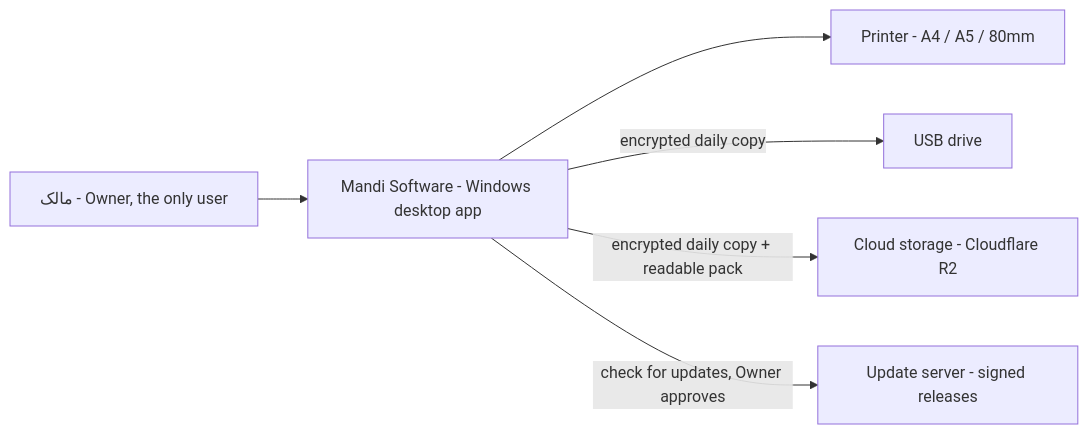
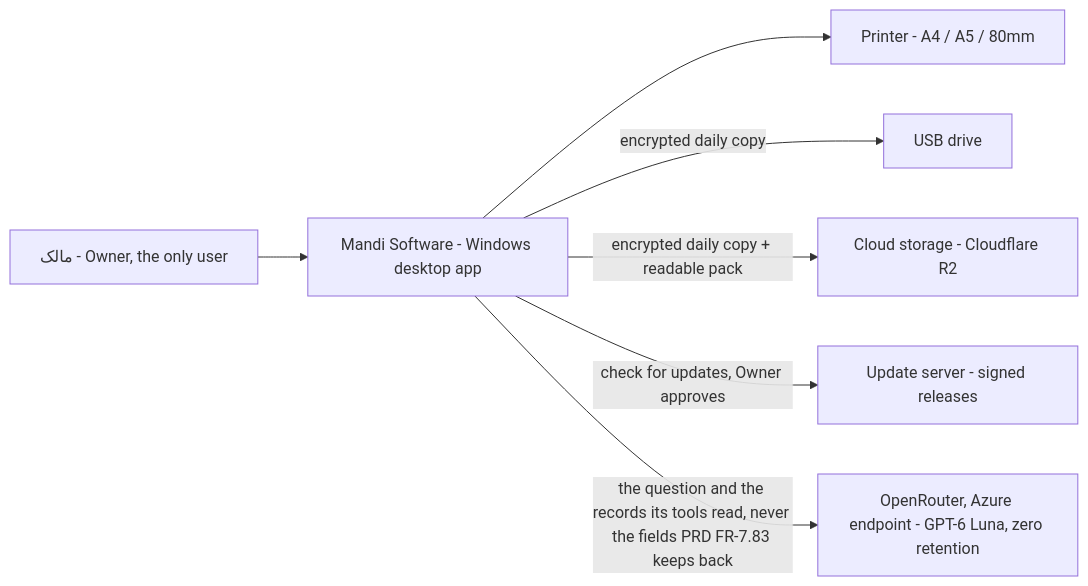
The first of 28 diagrams in .claude/rules/Architecture_v1.md (FaisalHanif12/Fruits-Mandi-Software), drawn with Mermaid before and after one commit. The commit also changed other lines of this file and 6920 other files, not shown here.

````diff
--- a/.claude/rules/Architecture_v1.md
+++ b/.claude/rules/Architecture_v1.md
@@ -45,15 +46,17 @@
 ```mermaid
 flowchart LR
     owner["مالک - Owner, the only user"]
     app["Mandi Software - Windows desktop app"]
     printer["Printer - A4 / A5 / 80mm"]
     usb["USB drive"]
     cloud["Cloud storage - Cloudflare R2"]
     update["Update server - signed releases"]
+    ai["OpenRouter, Azure endpoint - GPT-6 Luna, zero retention"]
 
     owner --> app
     app --> printer
     app -- "encrypted daily copy" --> usb
     app -- "encrypted daily copy + readable pack" --> cloud
     app -- "check for updates, Owner approves" --> update
+    app -- "the question and the records its tools read, never the fields PRD FR-7.83 keeps back" --> ai
 ```
````
